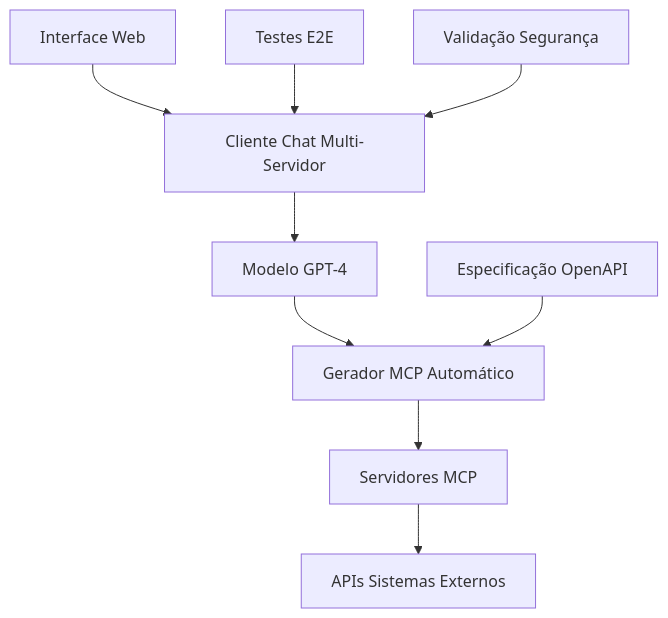
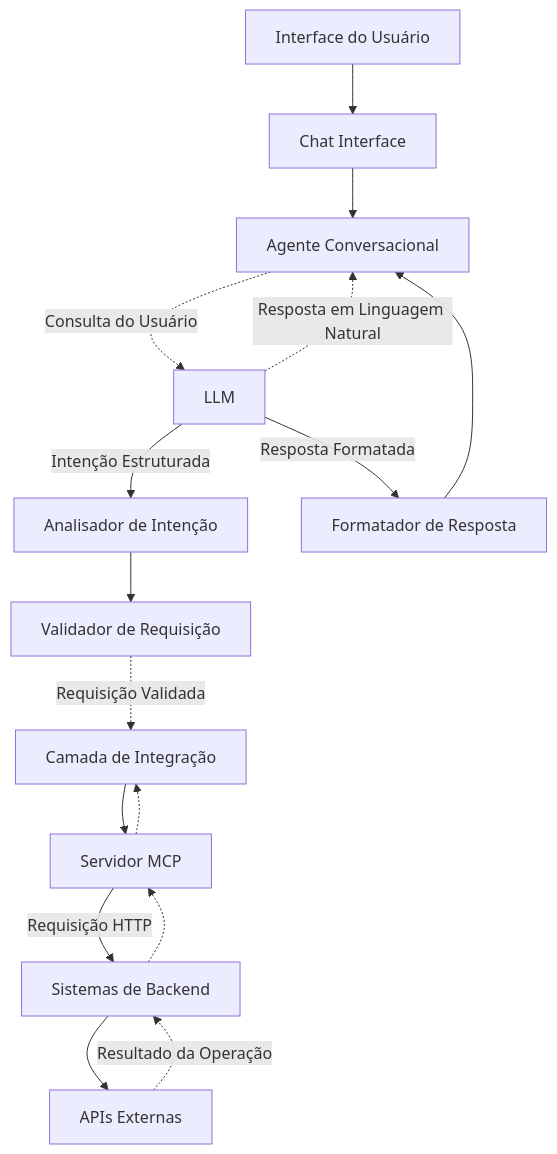
Before and after one commit to Castrozan/tcc: the diagram in README.md, drawn with Mermaid.

````diff
--- a/README.md
+++ b/README.md
@@ -59,12 +59,33 @@
 ```mermaid
 graph TB
-    A[Interface Web] --> B[Cliente Chat Multi-Servidor]
-    B --> C[Modelo GPT-4]
-    C --> D[Gerador MCP Automático]
-    D --> E[Servidores MCP]
-    E --> F[APIs Sistemas Externos]
+    UI[Interface do Usuário]
+    CI[Chat Interface]
+    AC[Agente Conversacional]
+    LLM[LLM]
+    AI[Analisador de Intenção]
+    VR[Validador de Requisição]
+    FR[Formatador de Resposta]
     
-    G[Especificação OpenAPI] --> D
-    H[Testes E2E] --> B
-    I[Validação Segurança] --> B
+    CamInt[Camada de Integração]
+    MCP[Servidor MCP]
+    
+    Backend[Sistemas de Backend]
+    APIs[APIs Externas]
+    
+    UI --> CI
+    CI --> AC
+    AC -.-> |Consulta do Usuário| LLM
+    LLM -.-> |Resposta em Linguagem Natural| AC
+    LLM --> |Intenção Estruturada| AI
+    AI --> VR
+    VR -.-> |Requisição Validada| CamInt
+    LLM --> |Resposta Formatada| FR
+    FR --> AC
+    
+    CamInt --> MCP
+    MCP --> |Requisição HTTP| Backend
+    Backend --> APIs
+    APIs -.-> |Resultado da Operação| Backend
+    Backend -.-> MCP
+    MCP -.-> CamInt
 ```
````
